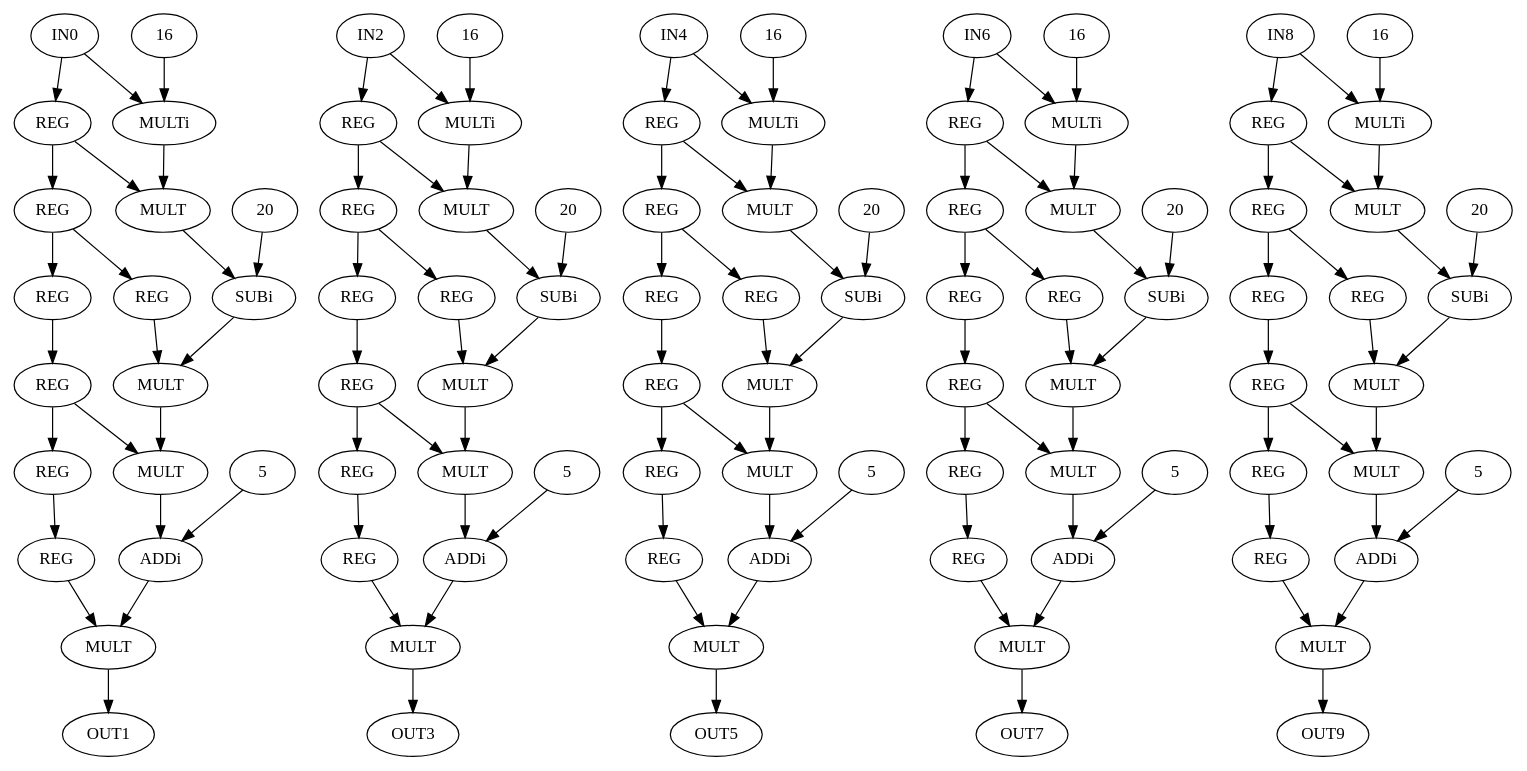
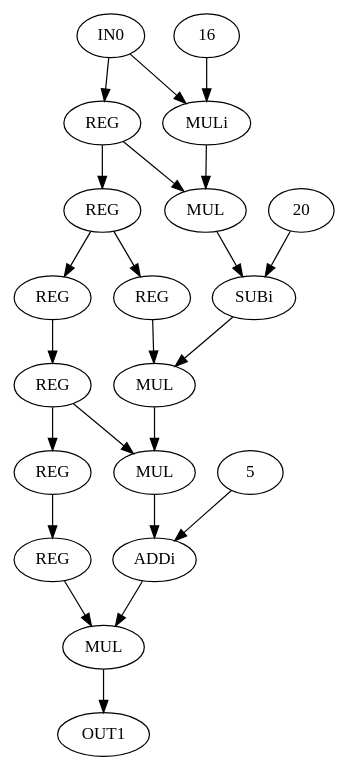
One commit to lesc-ufv/fdam changed the diagram in fdam-samples/fdam-cgra-samples/cgra_128_radix8/sw/cpp/dot_dataflows/chebyshev.dot. Above: the diagram before and after it, drawn with Graphviz. The commit also changed 15 other files, not shown here.

```diff
--- a/fdam-samples/fdam-cgra-samples/cgra_128_radix8/sw/cpp/dot_dataflows/chebyshev.dot
+++ b/fdam-samples/fdam-cgra-samples/cgra_128_radix8/sw/cpp/dot_dataflows/chebyshev.dot
@@ -1,207 +1,43 @@
 digraph chebyshev{
  0 [ label = IN0 ]
  1 [ label = OUT1 ]
- 2 [ label = IN2 ]
- 3 [ label = OUT3 ]
- 4 [ label = IN4 ]
- 5 [ label = OUT5 ]
- 6 [ label = IN6 ]
- 7 [ label = OUT7 ]
- 8 [ label = IN8 ]
- 9 [ label = OUT9 ]
- 10 [ label = REG]
- 11 [ label = REG]
- 12 [ label = REG]
- 13 [ label = REG]
- 14 [ label = REG]
- 15 [ label = REG]
- 16 [ label = REG]
- 17 [ label = MULTi, VALUE = 16]
- "17.16"[ label = 16 ]
- 18 [ label = MULT]
- 19 [ label = SUBi, VALUE = 20]
- "19.20"[ label = 20 ]
- 20 [ label = MULT]
- 21 [ label = MULT]
- 22 [ label = ADDi, VALUE = 5]
- "22.5"[ label = 5 ]
- 23 [ label = MULT]
- 24 [ label = REG]
- 25 [ label = REG]
- 26 [ label = REG]
- 27 [ label = REG]
- 28 [ label = REG]
- 29 [ label = REG]
- 30 [ label = REG]
- 31 [ label = MULTi, VALUE = 16]
- "31.16"[ label = 16 ]
- 32 [ label = MULT]
- 33 [ label = SUBi, VALUE = 20]
- "33.20"[ label = 20 ]
- 34 [ label = MULT]
- 35 [ label = MULT]
- 36 [ label = ADDi, VALUE = 5]
- "36.5"[ label = 5 ]
- 37 [ label = MULT]
- 38 [ label = REG]
- 39 [ label = REG]
- 40 [ label = REG]
- 41 [ label = REG]
- 42 [ label = REG]
- 43 [ label = REG]
- 44 [ label = REG]
- 45 [ label = MULTi, VALUE = 16]
- "45.16"[ label = 16 ]
- 46 [ label = MULT]
- 47 [ label = SUBi, VALUE = 20]
- "47.20"[ label = 20 ]
- 48 [ label = MULT]
- 49 [ label = MULT]
- 50 [ label = ADDi, VALUE = 5]
- "50.5"[ label = 5 ]
- 51 [ label = MULT]
- 52 [ label = REG]
- 53 [ label = REG]
- 54 [ label = REG]
- 55 [ label = REG]
- 56 [ label = REG]
- 57 [ label = REG]
- 58 [ label = REG]
- 59 [ label = MULTi, VALUE = 16]
- "59.16"[ label = 16 ]
- 60 [ label = MULT]
- 61 [ label = SUBi, VALUE = 20]
- "61.20"[ label = 20 ]
- 62 [ label = MULT]
- 63 [ label = MULT]
- 64 [ label = ADDi, VALUE = 5]
- "64.5"[ label = 5 ]
- 65 [ label = MULT]
- 66 [ label = REG]
- 67 [ label = REG]
- 68 [ label = REG]
- 69 [ label = REG]
- 70 [ label = REG]
- 71 [ label = REG]
- 72 [ label = REG]
- 73 [ label = MULTi, VALUE = 16]
- "73.16"[ label = 16 ]
- 74 [ label = MULT]
- 75 [ label = SUBi, VALUE = 20]
- "75.20"[ label = 20 ]
- 76 [ label = MULT]
- 77 [ label = MULT]
- 78 [ label = ADDi, VALUE = 5]
- "78.5"[ label = 5 ]
- 79 [ label = MULT]
- 0 -> 17
- 0 -> 10
- 2 -> 31
- 2 -> 24
- 4 -> 45
- 4 -> 38
- 6 -> 59
- 6 -> 52
- 8 -> 73
- 8 -> 66
+ 2 [ label = REG]
+ 3 [ label = REG]
+ 4 [ label = REG]
+ 5 [ label = REG]
+ 6 [ label = REG]
+ 7 [ label = REG]
+ 8 [ label = REG]
+ 9 [ label = MULi, VALUE = 16]
+ "9.16"[ label = 16 ]
+ 10 [ label = MUL]
+ 11 [ label = SUBi, VALUE = 20]
+ "11.20"[ label = 20 ]
+ 12 [ label = MUL]
+ 13 [ label = MUL]
+ 14 [ label = ADDi, VALUE = 5]
+ "14.5"[ label = 5 ]
+ 15 [ label = MUL]
+ 0 -> 9
+ 0 -> 2
+ 2 -> 3
+ 2 -> 10
+ 3 -> 6
+ 3 -> 8
+ 4 -> 7
+ 4 -> 13
+ 5 -> 15
+ 6 -> 4
+ 7 -> 5
+ 8 -> 12
+ "9.16" -> 9
+ 9 -> 10
  10 -> 11
- 10 -> 18
- 11 -> 14
- 11 -> 16
- 12 -> 15
- 12 -> 21
- 13 -> 23
- 14 -> 12
- 15 -> 13
- 16 -> 20
- "17.16" -> 17
- 17 -> 18
- 18 -> 19
- "19.20" -> 19
- 19 -> 20
- 20 -> 21
- 21 -> 22
- "22.5" -> 22
- 22 -> 23
- 23 -> 1
- 24 -> 25
- 24 -> 32
- 25 -> 28
- 25 -> 30
- 26 -> 29
- 26 -> 35
- 27 -> 37
- 28 -> 26
- 29 -> 27
- 30 -> 34
- "31.16" -> 31
- 31 -> 32
- 32 -> 33
- "33.20" -> 33
- 33 -> 34
- 34 -> 35
- 35 -> 36
- "36.5" -> 36
- 36 -> 37
- 37 -> 3
- 38 -> 39
- 38 -> 46
- 39 -> 42
- 39 -> 44
- 40 -> 43
- 40 -> 49
- 41 -> 51
- 42 -> 40
- 43 -> 41
- 44 -> 48
- "45.16" -> 45
- 45 -> 46
- 46 -> 47
- "47.20" -> 47
- 47 -> 48
- 48 -> 49
- 49 -> 50
- "50.5" -> 50
- 50 -> 51
- 51 -> 5
- 52 -> 53
- 52 -> 60
- 53 -> 56
- 53 -> 58
- 54 -> 57
- 54 -> 63
- 55 -> 65
- 56 -> 54
- 57 -> 55
- 58 -> 62
- "59.16" -> 59
- 59 -> 60
- 60 -> 61
- "61.20" -> 61
- 61 -> 62
- 62 -> 63
- 63 -> 64
- "64.5" -> 64
- 64 -> 65
- 65 -> 7
- 66 -> 67
- 66 -> 74
- 67 -> 70
- 67 -> 72
- 68 -> 71
- 68 -> 77
- 69 -> 79
- 70 -> 68
- 71 -> 69
- 72 -> 76
- "73.16" -> 73
- 73 -> 74
- 74 -> 75
- "75.20" -> 75
- 75 -> 76
- 76 -> 77
- 77 -> 78
- "78.5" -> 78
- 78 -> 79
- 79 -> 9
+ "11.20" -> 11
+ 11 -> 12
+ 12 -> 13
+ 13 -> 14
+ "14.5" -> 14
+ 14 -> 15
+ 15 -> 1
 }
```
